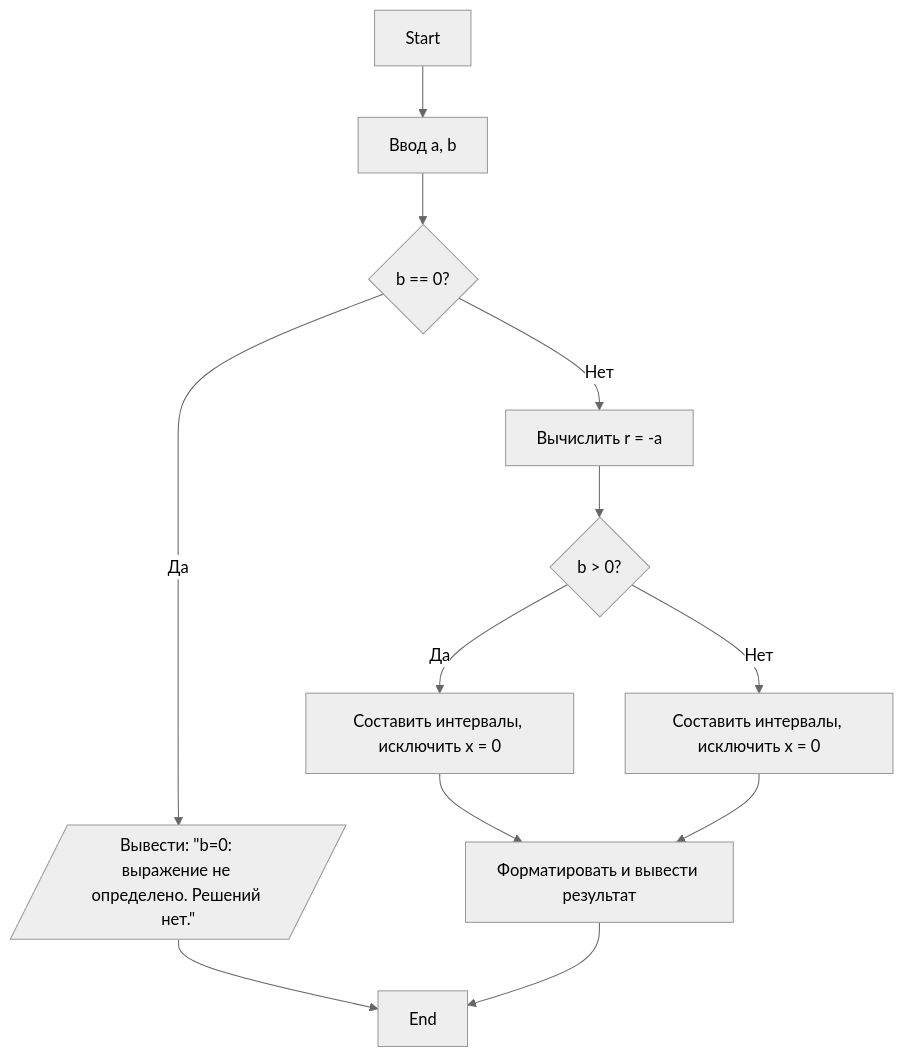
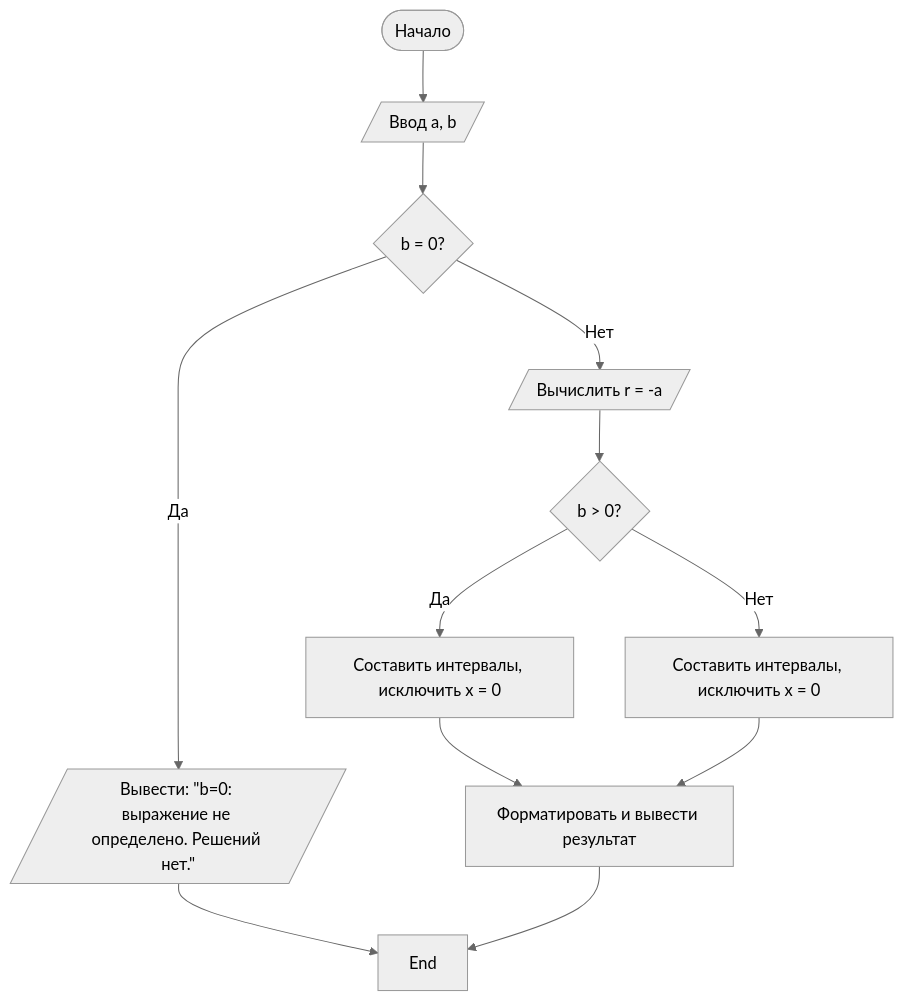
Before and after one commit to evazagidulinaspb-cmyk/Lab1: the diagram in README.md, drawn with Mermaid (neutral theme). The commit also changed other lines of this file, not shown here.

````diff
--- a/README.md
+++ b/README.md
@@ -100,14 +100,14 @@
 ```mermaid
 graph TD
-    A[Start] --> B[Ввод a, b]
-    B --> C{b == 0?}
+    A([Начало]) --> B[/Ввод a, b/]
+    B --> C{b = 0?}
     C -- Да --> D[/Вывести: "b=0: выражение не определено. Решений нет."/] --> Z[End]
-    C -- Нет --> E[Вычислить r = -a]
+    C -- Нет --> E[/Вычислить r = -a/]
     E --> F{b > 0?}
     F -- Да --> G[Составить интервалы, исключить x = 0]
     F -- Нет --> H[Составить интервалы, исключить x = 0]
     G --> I[Форматировать и вывести результат]
     H --> I
     I --> Z[End]
 
 ```
````
